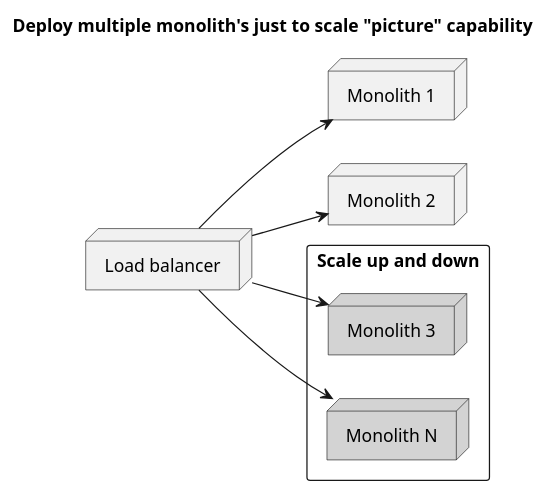
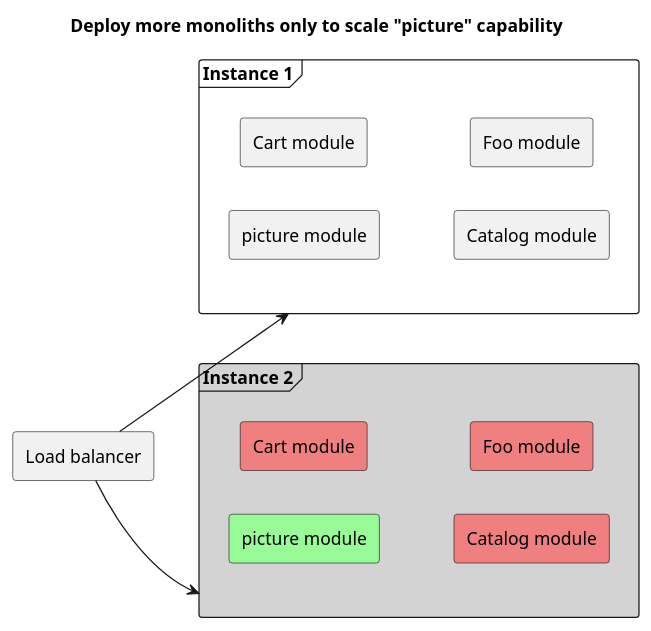
One commit to grierson/books changed the third of 8 diagrams in BuildingMicroservices2nd/01.adoc. Above: the diagram before and after it, drawn with PlantUML. The commit also changed other lines of this file and 1 other file, not shown here.

Commit message:
Update explainations

```diff
--- a/BuildingMicroservices2nd/01.adoc
+++ b/BuildingMicroservices2nd/01.adoc
@@ -78,20 +78,26 @@
 [plantuml]
 ----
 @startuml
-title Deploy multiple monolith's just to scale "picture" capability
+title Deploy more monoliths only to scale "picture" capability
+left to right direction
 
-left to right direction
-node monolith1 as "Monolith 1"
-node monolith2 as "Monolith 2"
-rectangle extras as "Scale up and down" {
-    node monolith3 as "Monolith 3" #lightgrey
-    node monolithn as "Monolith N" #lightgrey
+frame instance1 as "Instance 1" {
+    rectangle picture1 as "picture module"
+    rectangle cart1 as "Cart module"
+    rectangle catalog1 as "Catalog module"
+    rectangle foo1 as "Foo module"
 }
-node lb as "Load balancer"
 
-lb --> monolith1
-lb --> monolith2
-lb --> monolith3
-lb --> monolithn
+frame instance2 as "Instance 2" #lightgrey {
+    rectangle picture2 as "picture module" #palegreen
+    rectangle cart2 as "Cart module" #lightcoral
+    rectangle catalog2 as "Catalog module" #lightcoral
+    rectangle foo2 as "Foo module" #lightcoral
+}
+
+rectangle lb as "Load balancer"
+
+lb --> instance1
+lb --> instance2
 @enduml
 ----
```
